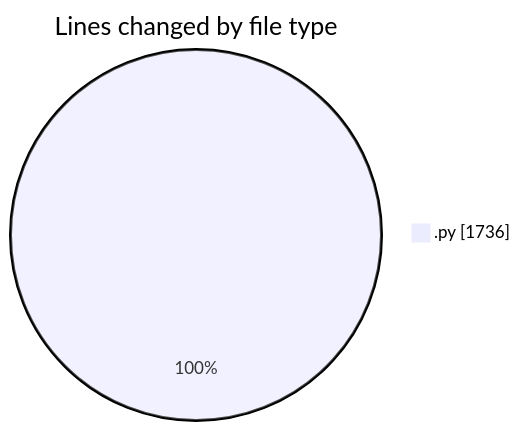
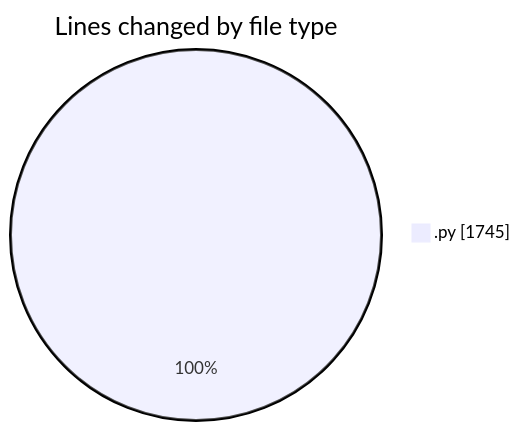
Before and after one commit to jrari/code-tracking: the first of 2 diagrams in 2025-07-15/telebot/README.md, drawn with Mermaid. The commit also changed other lines of this file and 1 other file, not shown here.

````diff
--- a/2025-07-15/telebot/README.md
+++ b/2025-07-15/telebot/README.md
@@ -22,5 +23,5 @@
 ```mermaid
 pie showData
 title Lines changed by file type
-".py" : 1736
+".py" : 1745
 ```
````
